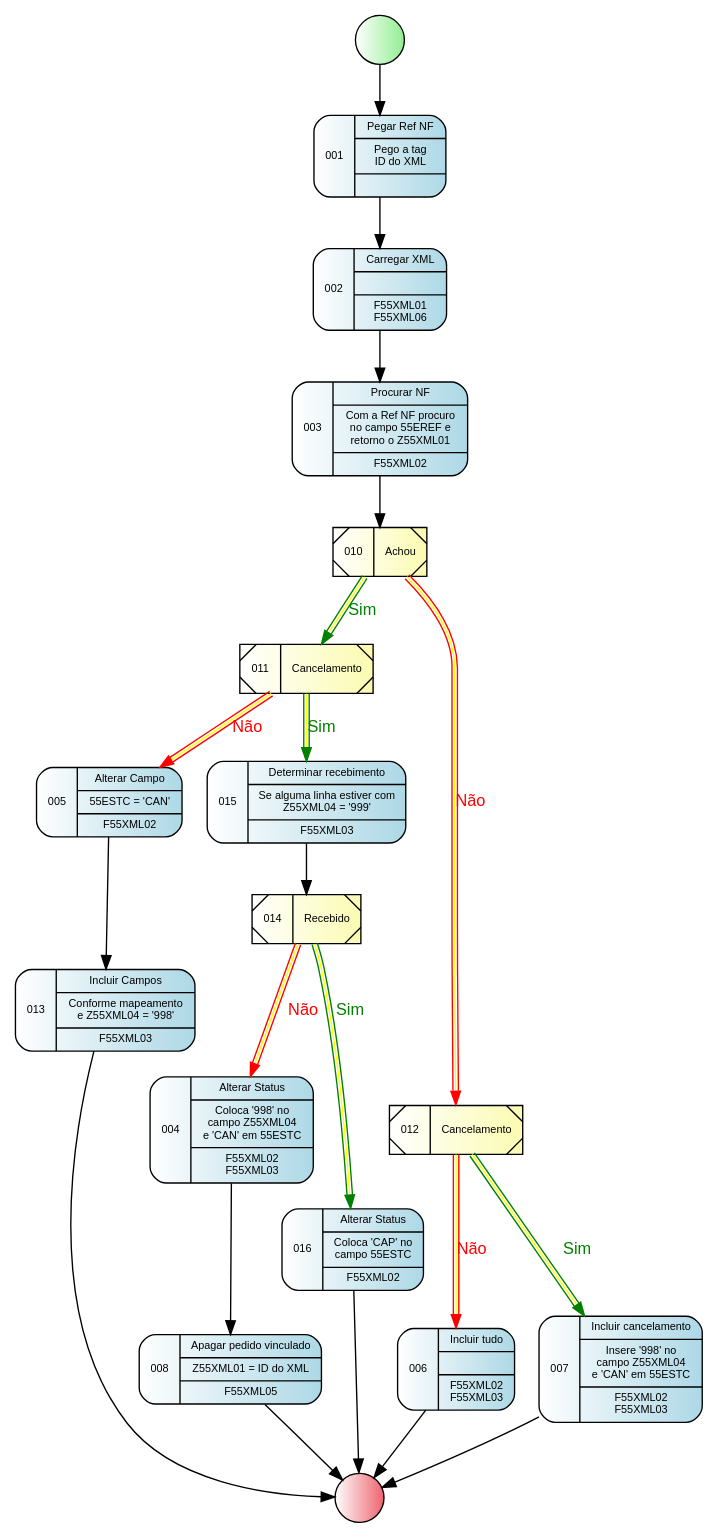
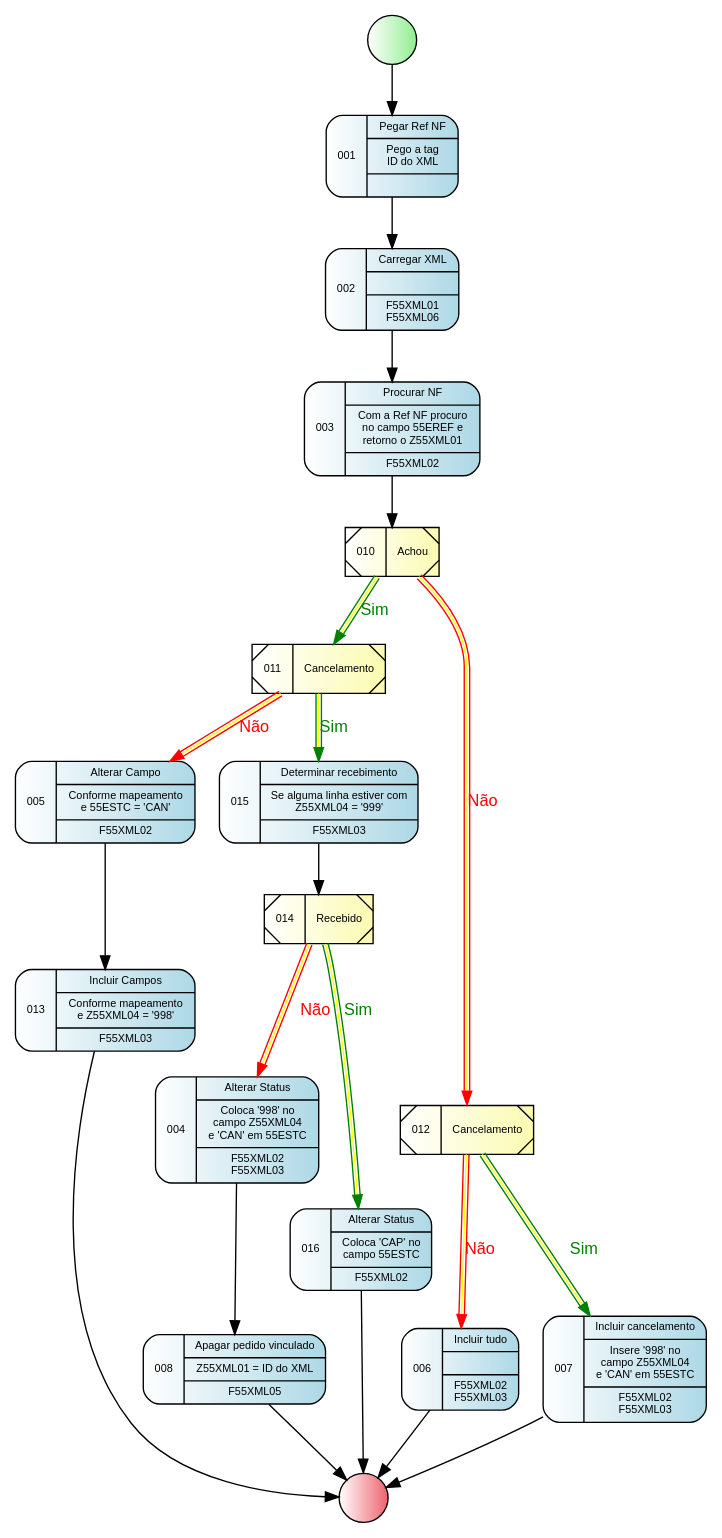
One commit to GiovaniPM/Graphs changed the diagram in XML Process.gv. Above: the diagram before and after it, drawn with Graphviz.

Commit message:
Giovani_Mesquita(RBST10164) 200310181358

```diff
--- a/XML Process.gv
+++ b/XML Process.gv
@@ -1,154 +1,154 @@
 digraph R {
     nodeini [
                 shape=circle,
                 style="filled",
                 fillcolor="white:lightgreen",
                 label=""
             ]
     node001 [
                 fontname = "Arial",
                 fontsize = 8,
                 shape=record,
                 style="rounded,filled",
                 fillcolor="white:lightblue"
                 label="001|{Pegar Ref NF|Pego a tag\n ID do XML|}"
             ]
     node002 [
                 fontname = "Arial",
                 fontsize = 8,
                 shape=record,
                 style="rounded,filled",
                 fillcolor="white:lightblue"
                 label="002|{Carregar XML||F55XML01\nF55XML06}"
             ]
     node003 [
                 fontname = "Arial",
                 fontsize = 8,
                 shape=record,
                 style="rounded,filled",
                 fillcolor="white:lightblue"
                 label="003|{Procurar NF|Com a Ref NF procuro\nno campo 55EREF e\nretorno o Z55XML01|F55XML02}"
             ]
     node004 [
                 fontname = "Arial",
                 fontsize = 8,
                 shape=record,
                 style="rounded,filled",
                 fillcolor="white:lightblue"
                 label="004|{Alterar Status|Coloca '998' no\ncampo Z55XML04\ne 'CAN' em 55ESTC|F55XML02\nF55XML03}"
             ]
     node005 [
                 fontname = "Arial",
                 fontsize = 8,
                 shape=record,
                 style="rounded,filled",
                 fillcolor="white:lightblue"
-                label="005|{Alterar Campo|55ESTC = 'CAN'|F55XML02}"
+                label="005|{Alterar Campo|Conforme mapeamento\ne 55ESTC = 'CAN'|F55XML02}"
             ]
     node006 [
                 fontname = "Arial",
                 fontsize = 8,
                 shape=record,
                 style="rounded,filled",
                 fillcolor="white:lightblue"
                 label="006|{Incluir tudo||F55XML02\nF55XML03}"
             ]
     node007 [
                 fontname = "Arial",
                 fontsize = 8,
                 shape=record,
                 style="rounded,filled",
                 fillcolor="white:lightblue"
                 label="007|{Incluir cancelamento|Insere '998' no\ncampo Z55XML04\ne 'CAN' em 55ESTC|F55XML02\nF55XML03}"
             ]
     node008 [
                 fontname = "Arial",
                 fontsize = 8,
                 shape=record,
                 style="rounded,filled",
                 fillcolor="white:lightblue"
                 label="008|{Apagar pedido vinculado|Z55XML01 = ID do XML|F55XML05}"
             ]
     node010 [
                 fontname = "Arial",
                 fontsize = 8,
                 shape=record,
                 style="diagonals,filled",
                 fillcolor="white:#fbfbb1"
                 label="010|Achou"
             ]
     node011 [
                 fontname = "Arial",
                 fontsize = 8,
                 shape=record,
                 style="diagonals,filled",
                 fillcolor="white:#fbfbb1"
                 label="011|Cancelamento"
             ]
     node012 [
                 fontname = "Arial",
                 fontsize = 8,
                 shape=record,
                 style="diagonals,filled",
                 fillcolor="white:#fbfbb1"
                 label="012|Cancelamento"
             ]
     node013 [
                 fontname = "Arial",
                 fontsize = 8,
                 shape=record,
                 style="rounded,filled",
                 fillcolor="white:lightblue"
                 label="013|{Incluir Campos|Conforme mapeamento\ne Z55XML04 = '998'|F55XML03}"
             ]
     node014 [
                 fontname = "Arial",
                 fontsize = 8,
                 shape=record,
                 style="diagonals,filled",
                 fillcolor="white:#fbfbb1"
                 label="014|Recebido"
             ]
     node015 [
                 fontname = "Arial",
                 fontsize = 8,
                 shape=record,
                 style="rounded,filled",
                 fillcolor="white:lightblue"
                 label="015|{Determinar recebimento|Se alguma linha estiver com\nZ55XML04 = '999'|F55XML03}"
             ]
     node016 [
                 fontname = "Arial",
                 fontsize = 8,
                 shape=record,
                 style="rounded,filled",
                 fillcolor="white:lightblue"
                 label="016|{Alterar Status|Coloca 'CAP' no\ncampo 55ESTC|F55XML02}"
             ]
     nodefin [
                 shape=circle,
                 style="filled",
                 fillcolor="white:#ee636e",
                 label=""
             ]
     nodeini -> node001
     node001 -> node002
     node002 -> node003
     node003 -> node010
     node010 -> node011 [fontname = "Arial", fontsize = 12, fontcolor="green", color="green:yellow:green", label="Sim"]
     node010 -> node012 [fontname = "Arial", fontsize = 12, fontcolor="red", color="red:yellow:red", label="Não"]
     node011 -> node015 [fontname = "Arial", fontsize = 12, fontcolor="green", color="green:yellow:green", label="Sim"]
     node011 -> node005 [fontname = "Arial", fontsize = 12, fontcolor="red", color="red:yellow:red", label="Não"]
     node004 -> node008
     node012 -> node007 [fontname = "Arial", fontsize = 12, fontcolor="green", color="green:yellow:green", label="Sim"]
     node012 -> node006 [fontname = "Arial", fontsize = 12, fontcolor="red", color="red:yellow:red", label="Não"]
     node008 -> nodefin
     node006 -> nodefin
     node005 -> node013
     node015 -> node014
     node013 -> nodefin
     node014 -> node016 [fontname = "Arial", fontsize = 12, fontcolor="green", color="green:yellow:green", label="Sim"]
     node014 -> node004 [fontname = "Arial", fontsize = 12, fontcolor="red", color="red:yellow:red", label="Não"]
     node016 -> nodefin
     node007 -> nodefin
 }
```
